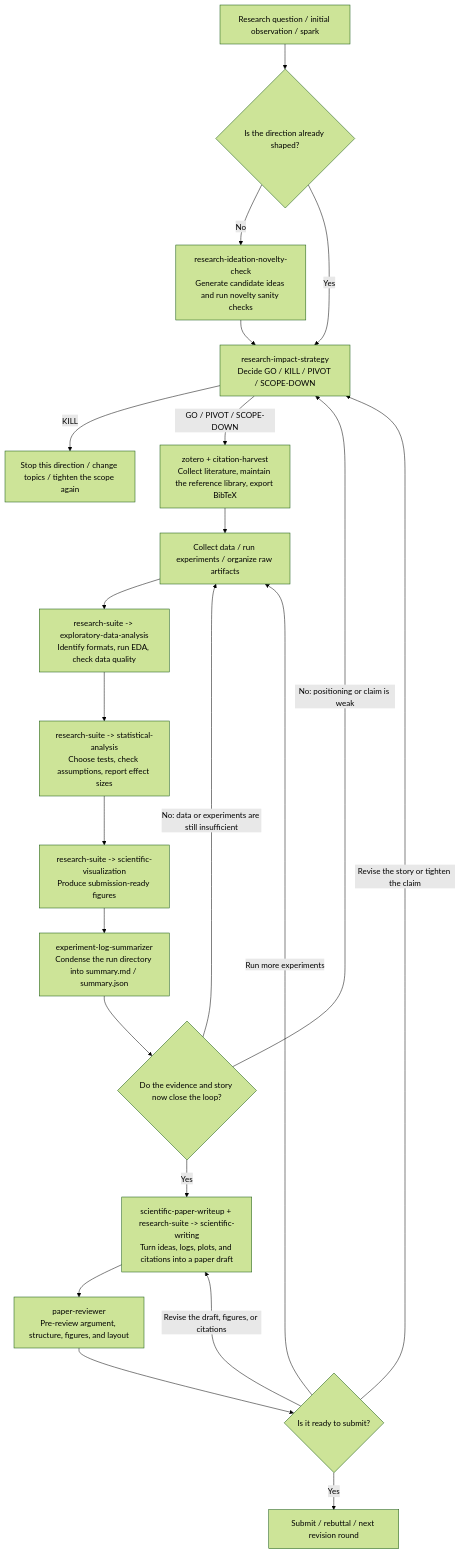
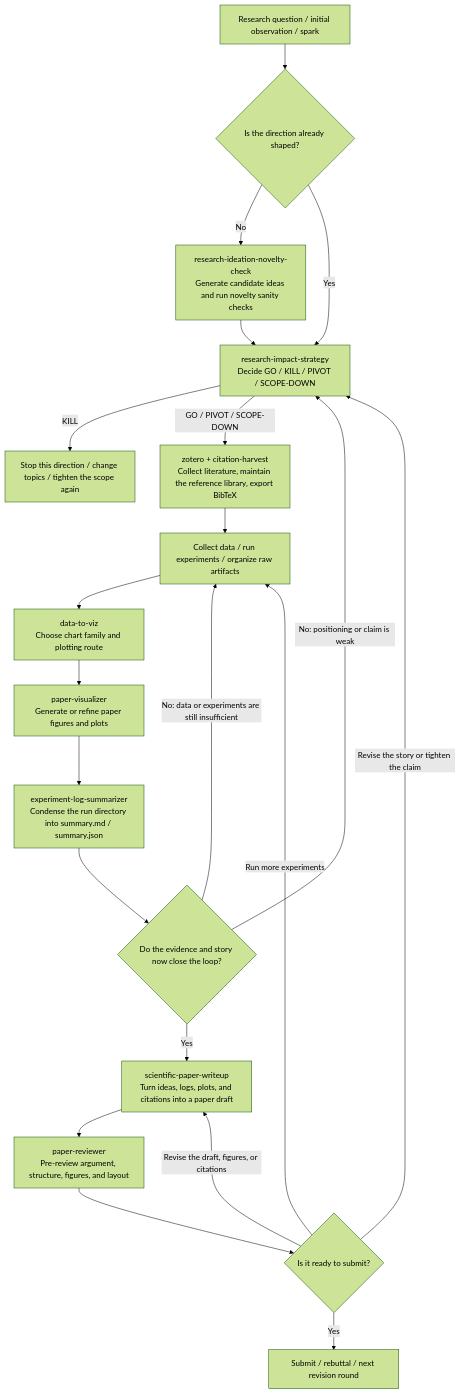
Before and after one commit to tcztzy/skills: the diagram in README.md, drawn with Mermaid (forest theme). The commit also changed other lines of this file and 117 other files, not shown here.

````diff
--- a/README.md
+++ b/README.md
@@ -20,24 +20,23 @@
 ```mermaid
 flowchart TD
     A["Research question / initial observation / spark"] --> B{"Is the direction already shaped?"}
     B -->|No| C["research-ideation-novelty-check<br/>Generate candidate ideas and run novelty sanity checks"]
     B -->|Yes| D["research-impact-strategy<br/>Decide GO / KILL / PIVOT / SCOPE-DOWN"]
     C --> D
     D -->|KILL| Z["Stop this direction / change topics / tighten the scope again"]
     D -->|GO / PIVOT / SCOPE-DOWN| E["zotero + citation-harvest<br/>Collect literature, maintain the reference library, export BibTeX"]
     E --> F["Collect data / run experiments / organize raw artifacts"]
-    F --> G["research-suite -> exploratory-data-analysis<br/>Identify formats, run EDA, check data quality"]
-    G --> H["research-suite -> statistical-analysis<br/>Choose tests, check assumptions, report effect sizes"]
-    H --> I["research-suite -> scientific-visualization<br/>Produce submission-ready figures"]
-    I --> J["experiment-log-summarizer<br/>Condense the run directory into summary.md / summary.json"]
+    F --> G["data-to-viz<br/>Choose chart family and plotting route"]
+    G --> H["paper-visualizer<br/>Generate or refine paper figures and plots"]
+    H --> J["experiment-log-summarizer<br/>Condense the run directory into summary.md / summary.json"]
     J --> K{"Do the evidence and story now close the loop?"}
     K -->|No: positioning or claim is weak| D
     K -->|No: data or experiments are still insufficient| F
-    K -->|Yes| L["scientific-paper-writeup + research-suite -> scientific-writing<br/>Turn ideas, logs, plots, and citations into a paper draft"]
+    K -->|Yes| L["scientific-paper-writeup<br/>Turn ideas, logs, plots, and citations into a paper draft"]
     L --> M["paper-reviewer<br/>Pre-review argument, structure, figures, and layout"]
     M --> N{"Is it ready to submit?"}
     N -->|Run more experiments| F
     N -->|Revise the story or tighten the claim| D
     N -->|Revise the draft, figures, or citations| L
     N -->|Yes| O["Submit / rebuttal / next revision round"]
 ```
````
